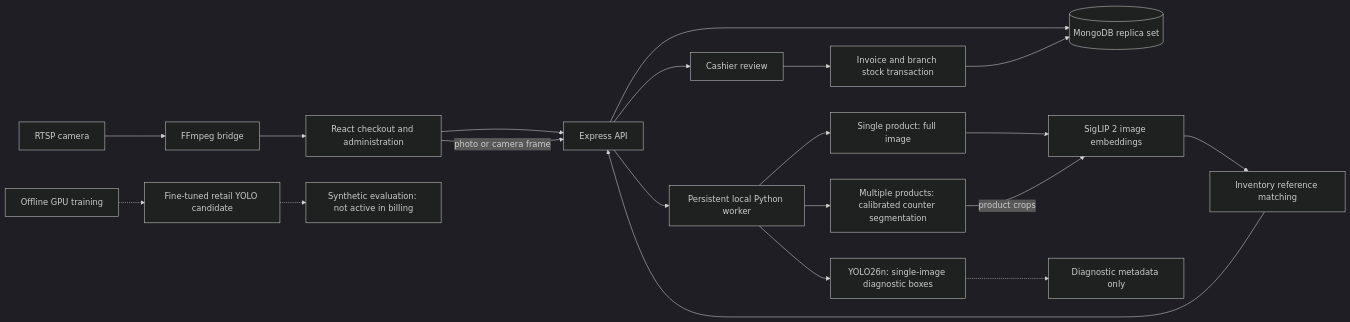
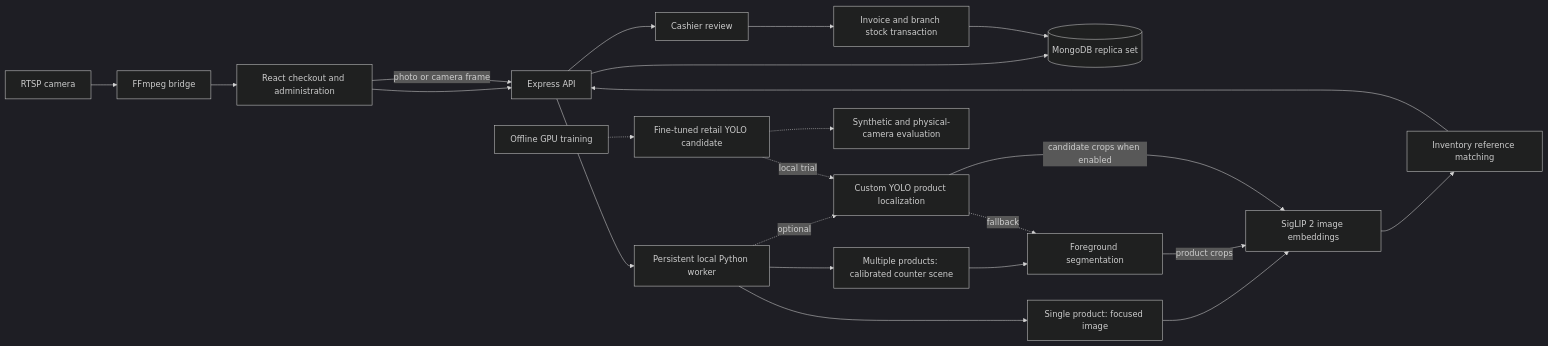
Before and after one commit to Faseeh-Ops/VisionCart-AI: the diagram in README.md, drawn with Mermaid (dark theme). The commit also changed other lines of this file, not shown here.

Commit message:
docs(readme): update AI architecture and demo guidance

````diff
--- a/README.md
+++ b/README.md
@@ -127,22 +127,25 @@
 ```mermaid
 flowchart LR
     Browser[React checkout and administration] --> API[Express API]
     API --> DB[(MongoDB replica set)]
     Browser -->|photo or camera frame| API
     API --> Worker[Persistent local Python worker]
-    Worker --> Single[Single product: full image]
-    Worker --> Multi[Multiple products: calibrated counter segmentation]
+    Worker --> Single[Single product: focused image]
+    Worker --> Multi[Multiple products: calibrated counter scene]
     Single --> Encoder[SigLIP 2 image embeddings]
-    Multi -->|product crops| Encoder
-    Worker --> YOLO[YOLO26n: single-image diagnostic boxes]
-    YOLO -.-> Diagnostics[Diagnostic metadata only]
+    Multi --> Segment[Foreground segmentation]
+    Segment -->|product crops| Encoder
+    Worker -. optional .-> YOLO[Custom YOLO product localization]
+    YOLO -->|candidate crops when enabled| Encoder
+    YOLO -. fallback .-> Segment
     Encoder --> Match[Inventory reference matching]
     Match --> API
     RTSP[RTSP camera] --> Bridge[FFmpeg bridge]
     Bridge --> Browser
     API --> Review[Cashier review]
     Review --> Invoice[Invoice and branch stock transaction]
     Invoice --> DB
     Training[Offline GPU training] -.-> Candidate[Fine-tuned retail YOLO candidate]
-    Candidate -.-> Evaluation[Synthetic evaluation: not active in billing]
+    Candidate -. local trial .-> YOLO
+    Candidate -.-> Evaluation[Synthetic and physical-camera evaluation]
 ```
````
